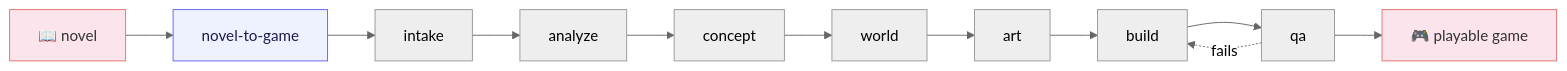
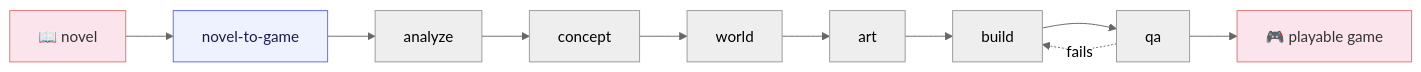
Before and after one commit to worldwonderer/novel-to-game: the diagram in README.md, drawn with Mermaid (neutral theme). The commit also changed other lines of this file and 1 other file, not shown here.

First line of the commit message:
Present NovelToGame like a mature open-source project

````diff
--- a/README.md
+++ b/README.md
@@ -107,9 +107,9 @@
 ```mermaid
 flowchart LR
     classDef io fill:#fce4ec,color:#333,stroke:#e57373,stroke-width:1px
     classDef orch fill:#eef2ff,color:#1e1b4b,stroke:#6366f1,stroke-width:1px
 
     novel["📖 novel"]:::io --> orch["novel-to-game"]:::orch
-    orch --> intake --> analyze --> concept --> world --> art --> build --> qa --> game["🎮 playable game"]:::io
+    orch --> analyze --> concept --> world --> art --> build --> qa --> game["🎮 playable game"]:::io
     qa -.->|fails| build
 ```
````
